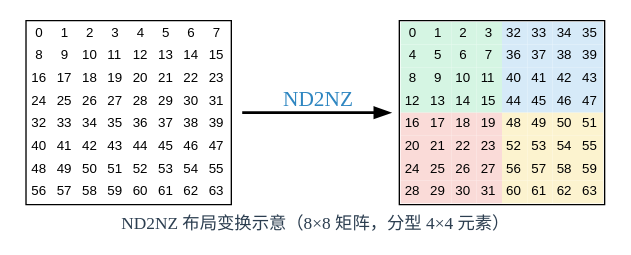
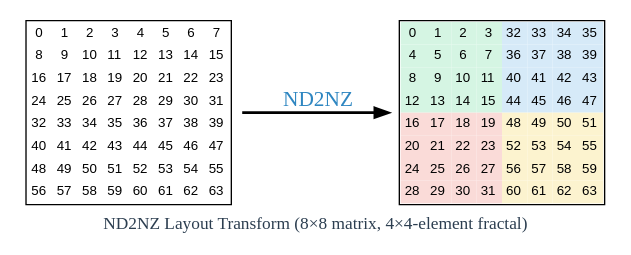
One commit to Auyuir/pyCircuit changed the diagram in designs/outerCube/Davinci_superscalar_v2.md. Above: the diagram before and after it, drawn with Graphviz. The commit also changed other lines of this file, not shown here.

```diff
--- a/designs/outerCube/Davinci_superscalar_v2.md
+++ b/designs/outerCube/Davinci_superscalar_v2.md
@@ -633,7 +633,7 @@
     >];
 
     nd -> nz_node [label="  ND2NZ", fontsize=16, fontcolor="#2E86C1", style="bold"];
-    label="ND2NZ 布局变换示意（8×8 矩阵，分型 4×4 元素）";
+    label="ND2NZ Layout Transform (8×8 matrix, 4×4-element fractal)";
     fontsize=13;
     fontcolor="#2C3E50";
 }
```
